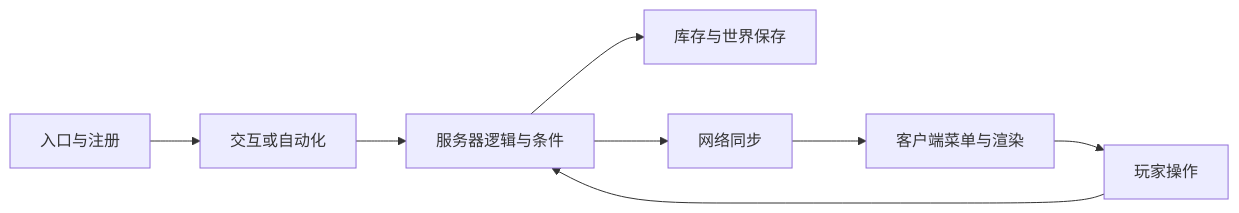
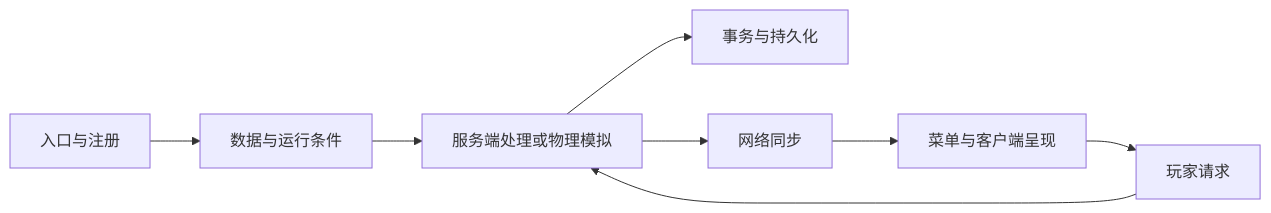
Before and after one commit to Flowfangfei/create-263-modpack-public: the diagram in docs/MOD-UPGRADE-AND-TESTING.md, drawn with Mermaid. The commit also changed other lines of this file and 18 other files, not shown here.

````diff
--- a/docs/MOD-UPGRADE-AND-TESTING.md
+++ b/docs/MOD-UPGRADE-AND-TESTING.md
@@ -23,10 +23,10 @@
 ```mermaid
 flowchart LR
-    A[入口与注册] --> B[交互或自动化]
-    B --> C[服务器逻辑与条件]
-    C --> D[库存与世界保存]
+    A[入口与注册] --> B[数据与运行条件]
+    B --> C[服务端处理或物理模拟]
+    C --> D[事务与持久化]
     C --> E[网络同步]
-    E --> F[客户端菜单与渲染]
-    F --> G[玩家操作]
+    E --> F[菜单与客户端呈现]
+    F --> G[玩家请求]
     G --> C
 ```
````
